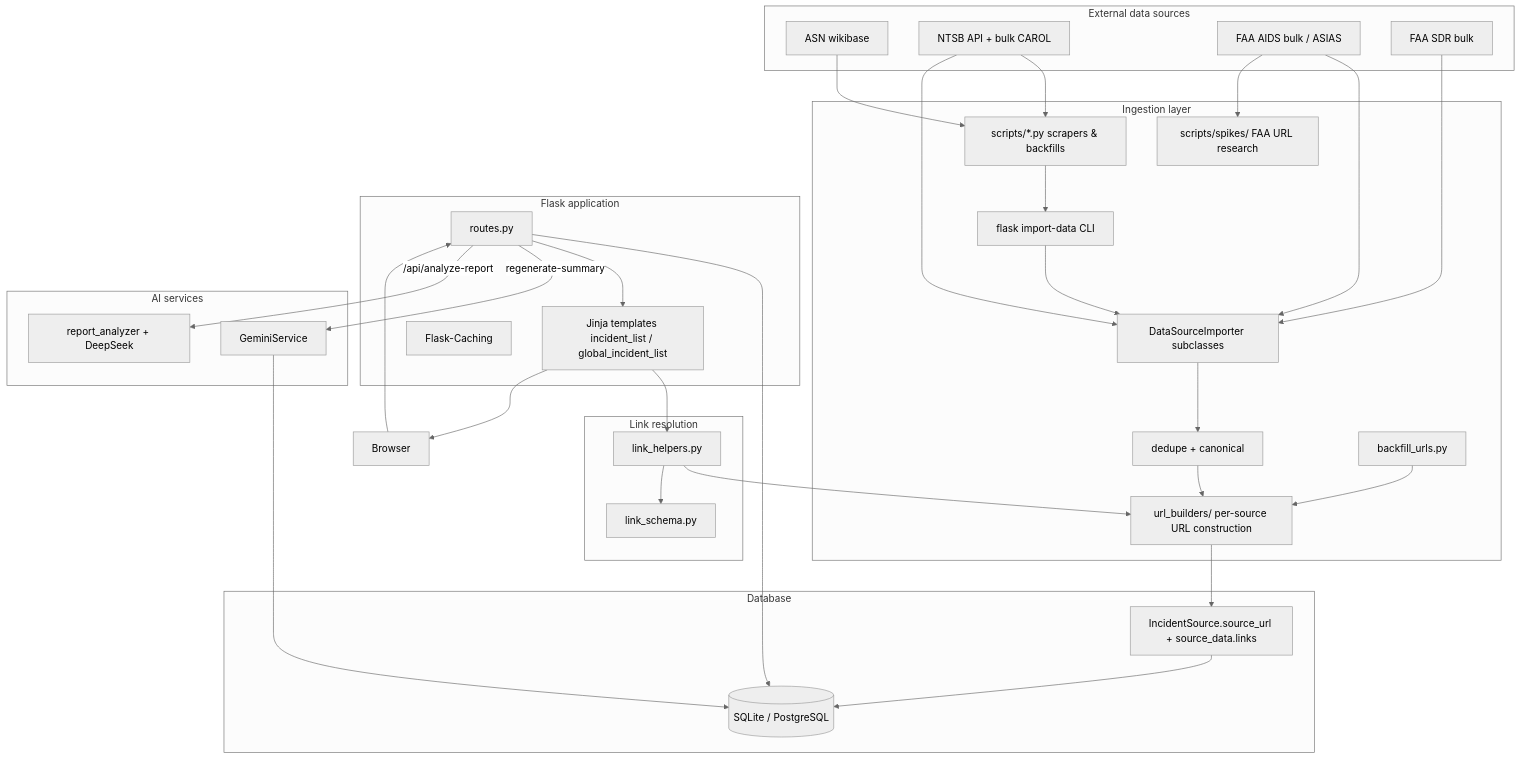
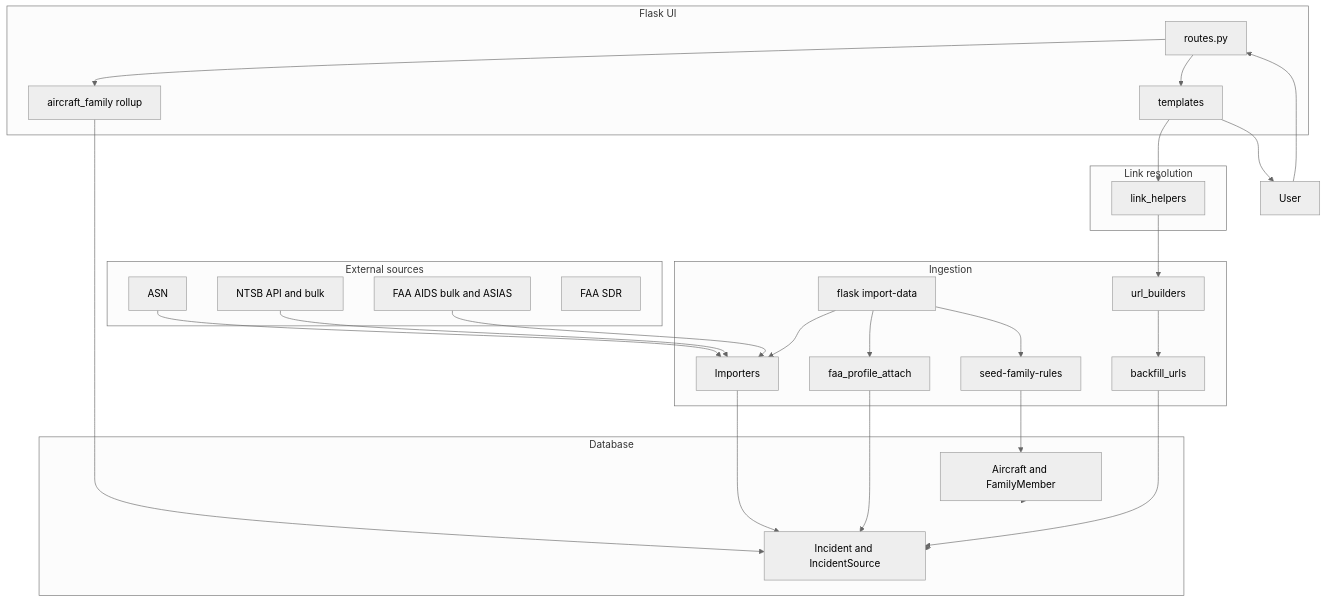
One commit to elessarrr/Portfolio changed the diagram in Aircraft Safety Tracker/context/context-2026-05-24.md. Above: the diagram before and after it, drawn with Mermaid (neutral theme). The commit also changed other lines of this file and 1 other file, not shown here.

````diff
--- a/Aircraft Safety Tracker/context/context-2026-05-24.md
+++ b/Aircraft Safety Tracker/context/context-2026-05-24.md
@@ -74,65 +65,56 @@
 ```mermaid
 graph TD
-    subgraph ExternalSources["External data sources"]
-        ASN[ASN wikibase]
-        NTSB[NTSB API + bulk CAROL]
-        FAA_AIDS[FAA AIDS bulk / ASIAS]
-        FAA_SDR[FAA SDR bulk]
+    subgraph External["External sources"]
+        ASN[ASN]
+        NTSB[NTSB API and bulk]
+        FAA[FAA AIDS bulk and ASIAS]
+        SDR[FAA SDR]
     end
 
-    subgraph Ingestion["Ingestion layer"]
-        SCRIPTS[scripts/*.py scrapers & backfills]
-        SPIKE[scripts/spikes/ FAA URL research]
-        CLI[flask import-data CLI]
-        IMP[DataSourceImporter subclasses]
-        DEDUPE[dedupe + canonical]
-        URLB[url_builders/ per-source URL construction]
-        BACKFILL[backfill_urls.py]
+    subgraph Ingest["Ingestion"]
+        CLI[flask import-data]
+        IMP[Importers]
+        ATTACH[faa_profile_attach]
+        FAM[seed-family-rules]
+        URLB[url_builders]
+        BF[backfill_urls]
     end
 
-    subgraph Storage["Database"]
-        DB[(SQLite / PostgreSQL)]
-        IS[IncidentSource.source_url + source_data.links]
+    subgraph DB["Database"]
+        Aircraft[Aircraft and FamilyMember]
+        Inc[Incident and IncidentSource]
     end
 
-    subgraph LinkLayer["Link resolution"]
-        LH[link_helpers.py]
-        LS[link_schema.py]
+    subgraph Link["Link resolution"]
+        LH[link_helpers]
     end
 
-    subgraph App["Flask application"]
-        ROUTES[routes.py]
-        TPL[Jinja templates incident_list / global_incident_list]
-        CACHE[Flask-Caching]
+    subgraph App["Flask UI"]
+        Routes[routes.py]
+        AF[aircraft_family rollup]
+        TPL[templates]
     end
 
-    subgraph AI["AI services"]
-        GEMINI[GeminiService]
-        ANALYZER[report_analyzer + DeepSeek]
-    end
+    User[User]
 
-    User[Browser]
-
-    ASN --> SCRIPTS
-    NTSB --> SCRIPTS
+    ASN --> IMP
     NTSB --> IMP
-    FAA_AIDS --> IMP
-    FAA_SDR --> IMP
-    FAA_AIDS --> SPIKE
-    SCRIPTS --> CLI
+    FAA --> IMP
+    IMP --> Inc
+    ATTACH --> Inc
     CLI --> IMP
-    IMP --> DEDUPE --> URLB --> IS
-    BACKFILL --> URLB
-    IS --> DB
-
-    User --> ROUTES
-    ROUTES --> DB
-    ROUTES --> TPL
+    CLI --> ATTACH
+    CLI --> FAM
+    FAM --> Aircraft
+    URLB --> BF
+    BF --> Inc
+    Inc --> DB
+    Aircraft --> DB
+    User --> Routes
+    Routes --> AF
+    AF --> Inc
+    Routes --> TPL
     TPL --> LH
     LH --> URLB
-    LH --> LS
-    ROUTES -->|regenerate-summary| GEMINI
-    ROUTES -->|/api/analyze-report| ANALYZER
-    GEMINI --> DB
     TPL --> User
 ```
````
